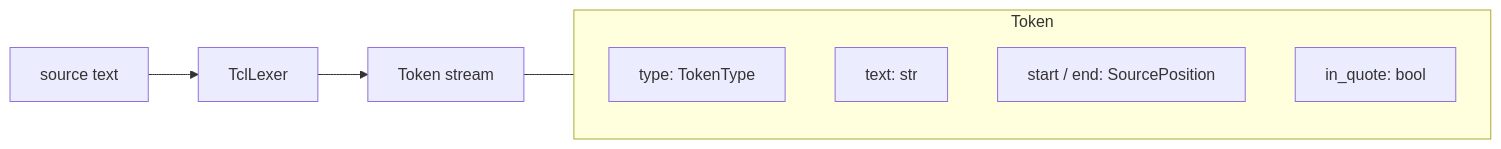
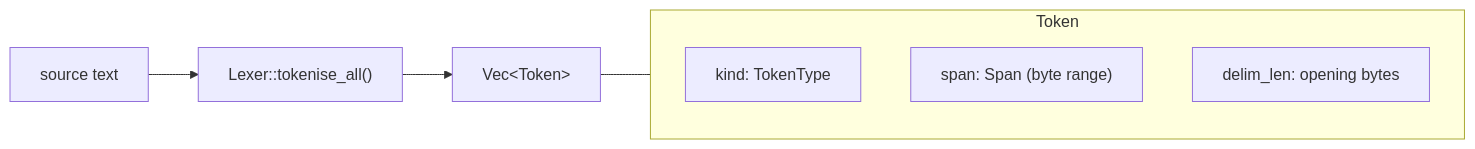
The second of 20 diagrams in docs/design/compiler-architecture.md (bitwisecook/tcl-lsp), drawn with Mermaid before and after one commit. The commit also changed other lines of this file and 163 other files, not shown here.

````diff
--- a/docs/design/compiler-architecture.md
+++ b/docs/design/compiler-architecture.md
@@ -83,15 +86,14 @@
 ```mermaid
 flowchart LR
-    SRC["source text"] --> LEX["TclLexer"]
-    LEX --> TOK["Token stream"]
+    SRC["source text"] --> LEX["Lexer::tokenise_all()"]
+    LEX --> TOK["Vec&lt;Token&gt;"]
 
     subgraph Token
         direction TB
-        TT["type: TokenType"]
-        TX["text: str"]
-        SP["start / end: SourcePosition"]
-        IQ["in_quote: bool"]
+        TT["kind: TokenType"]
+        SP["span: Span (byte range)"]
+        DL["delim_len: opening bytes"]
     end
 
     TOK --- Token
 ```
````
